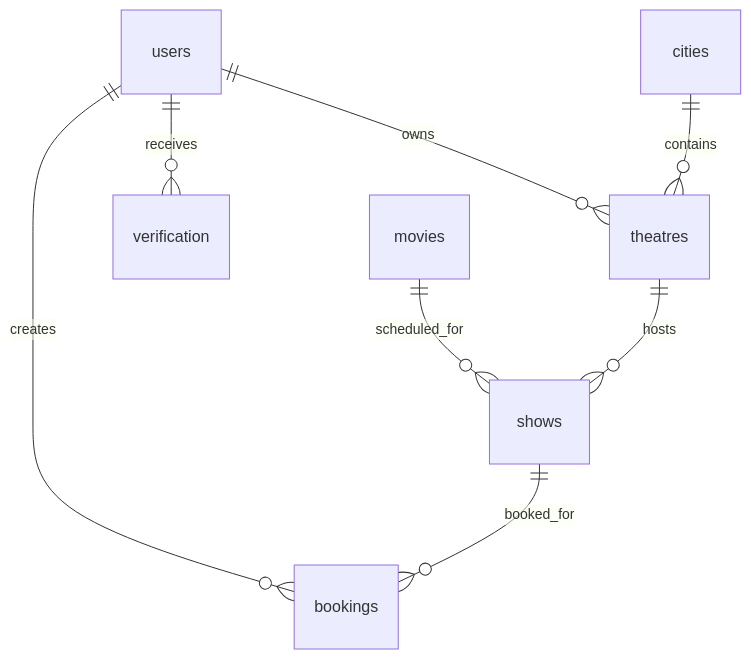
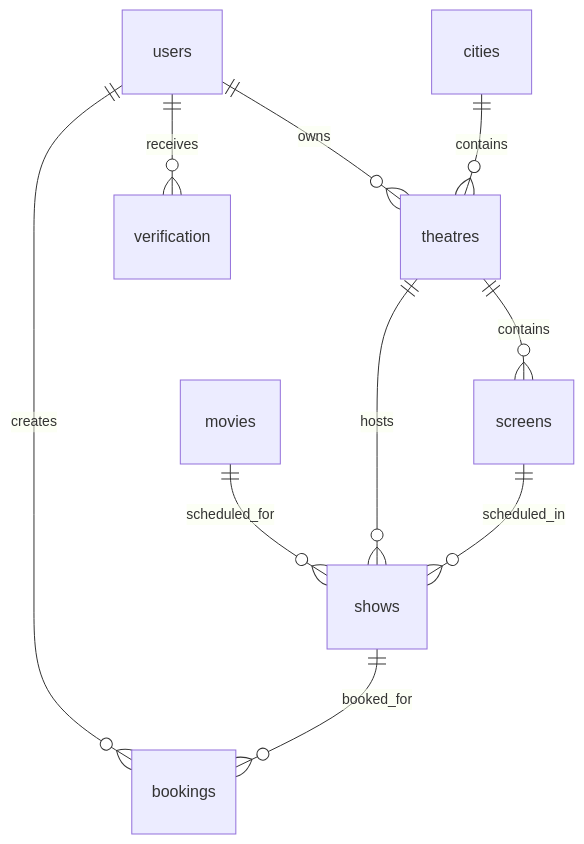
The diagram in docs/DATABASE.md (Shravan-509/BookMyShow), drawn with Mermaid before and after one commit. The commit also changed other lines of this file and 44 other files, not shown here.

````diff
--- a/docs/DATABASE.md
+++ b/docs/DATABASE.md
@@ -28,10 +29,12 @@
 ```mermaid
 erDiagram
     users ||--o{ theatres : owns
     cities ||--o{ theatres : contains
+    theatres ||--o{ screens : contains
     users ||--o{ bookings : creates
     users ||--o{ verification : receives
     movies ||--o{ shows : scheduled_for
     theatres ||--o{ shows : hosts
+    screens ||--o{ shows : scheduled_in
     shows ||--o{ bookings : booked_for
 ```
````
